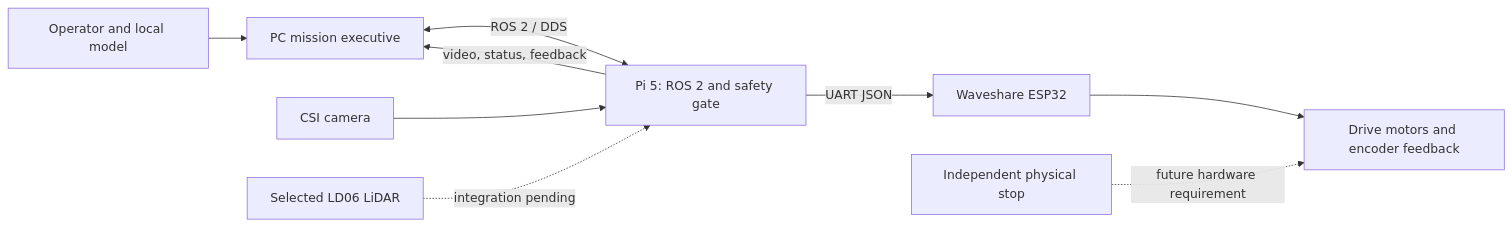
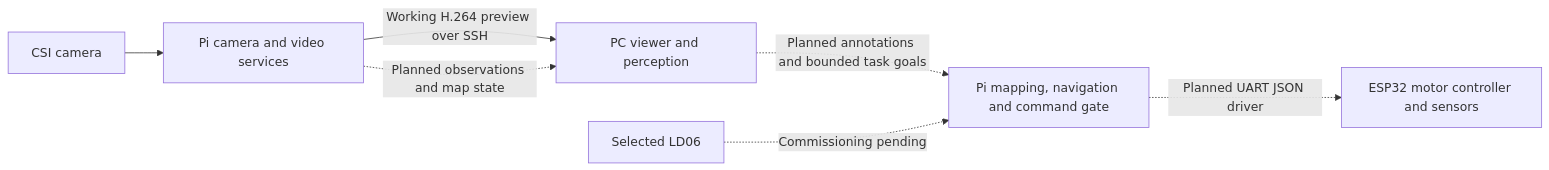
The diagram in README.md (Dogmans/rover), drawn with Mermaid before and after one commit. The commit also changed other lines of this file and 14 other files, not shown here.

Commit message:
docs: consolidate architecture and archive historical records

````diff
--- a/README.md
+++ b/README.md
@@ -21,11 +32,9 @@
 ```mermaid
 flowchart LR
-	Operator[Operator and local model] --> Mission[PC mission executive]
-	Mission <-->|ROS 2 / DDS| Pi[Pi 5: ROS 2 and safety gate]
-	Camera[CSI camera] --> Pi
-	Lidar[Selected LD06 LiDAR] -. integration pending .-> Pi
-	Pi -->|UART JSON| ESP[Waveshare ESP32]
-	ESP --> Motors[Drive motors and encoder feedback]
-	Pi -->|video, status, feedback| Mission
-	Safety[Independent physical stop] -. future hardware requirement .-> Motors
+    Camera[CSI camera] --> Pi[Pi camera and video services]
+    Pi -->|Working H.264 preview over SSH| PC[PC viewer and perception]
+    Pi -. Planned observations and map state .-> PC
+    PC -. Planned annotations and bounded task goals .-> Robot[Pi mapping, navigation and command gate]
+    Robot -. Planned UART JSON driver .-> ESP[ESP32 motor controller and sensors]
+    Lidar[Selected LD06] -. Commissioning pending .-> Robot
 ```
````
